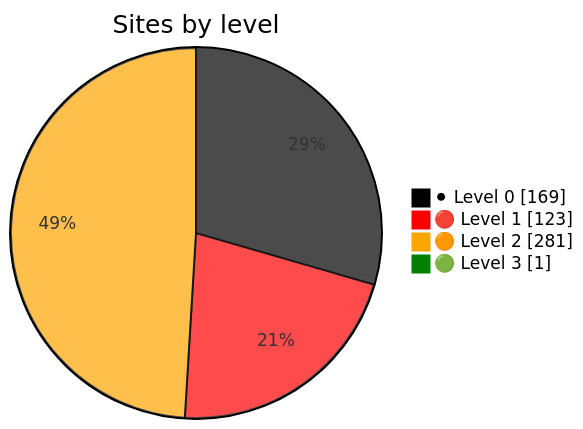
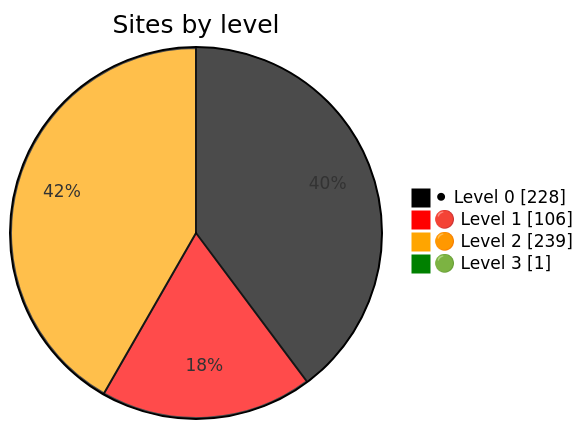
Before and after one commit to Dushmilan/gov_lk_web_auditor: the diagram in README.md, drawn with Mermaid. The commit also changed other lines of this file and 2662 other files, not shown here.

````diff
--- a/README.md
+++ b/README.md
@@ -24,9 +24,9 @@
 ```mermaid
 %%{init: {"themeVariables":{"pie1":"black","pie2":"red","pie3":"orange","pie4":"green"}}}%%
 pie showData
     title Sites by level
-    "⚫ Level 0" : 169
-    "🔴 Level 1" : 123
-    "🟠 Level 2" : 281
+    "⚫ Level 0" : 228
+    "🔴 Level 1" : 106
+    "🟠 Level 2" : 239
     "🟢 Level 3" : 1
 ```
````
